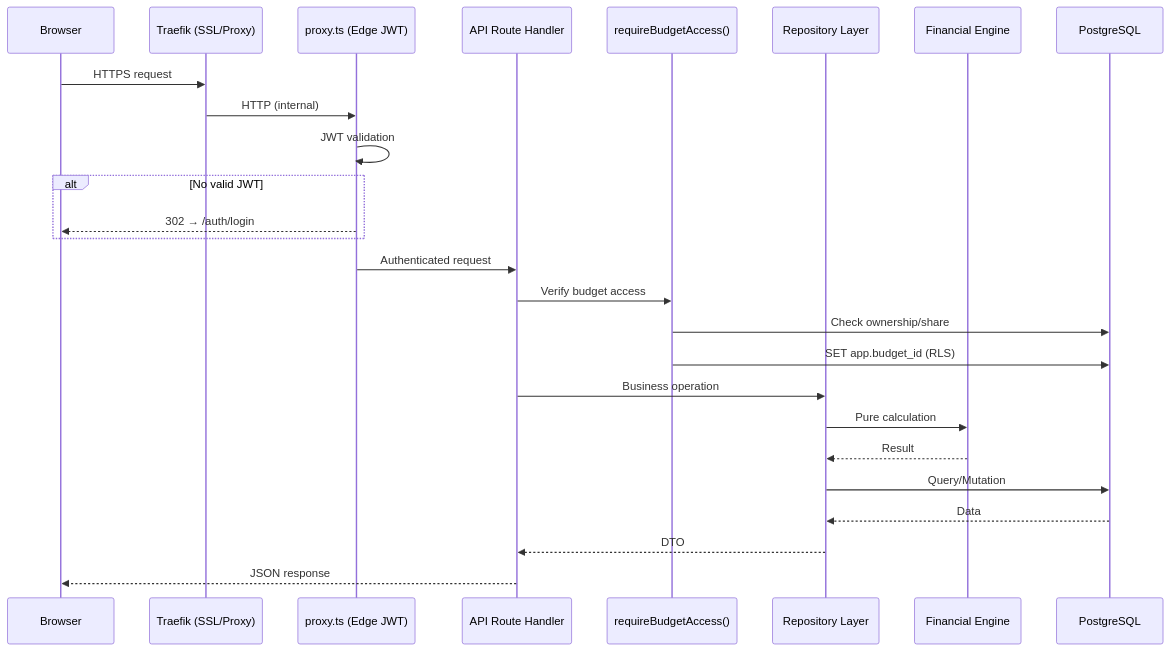
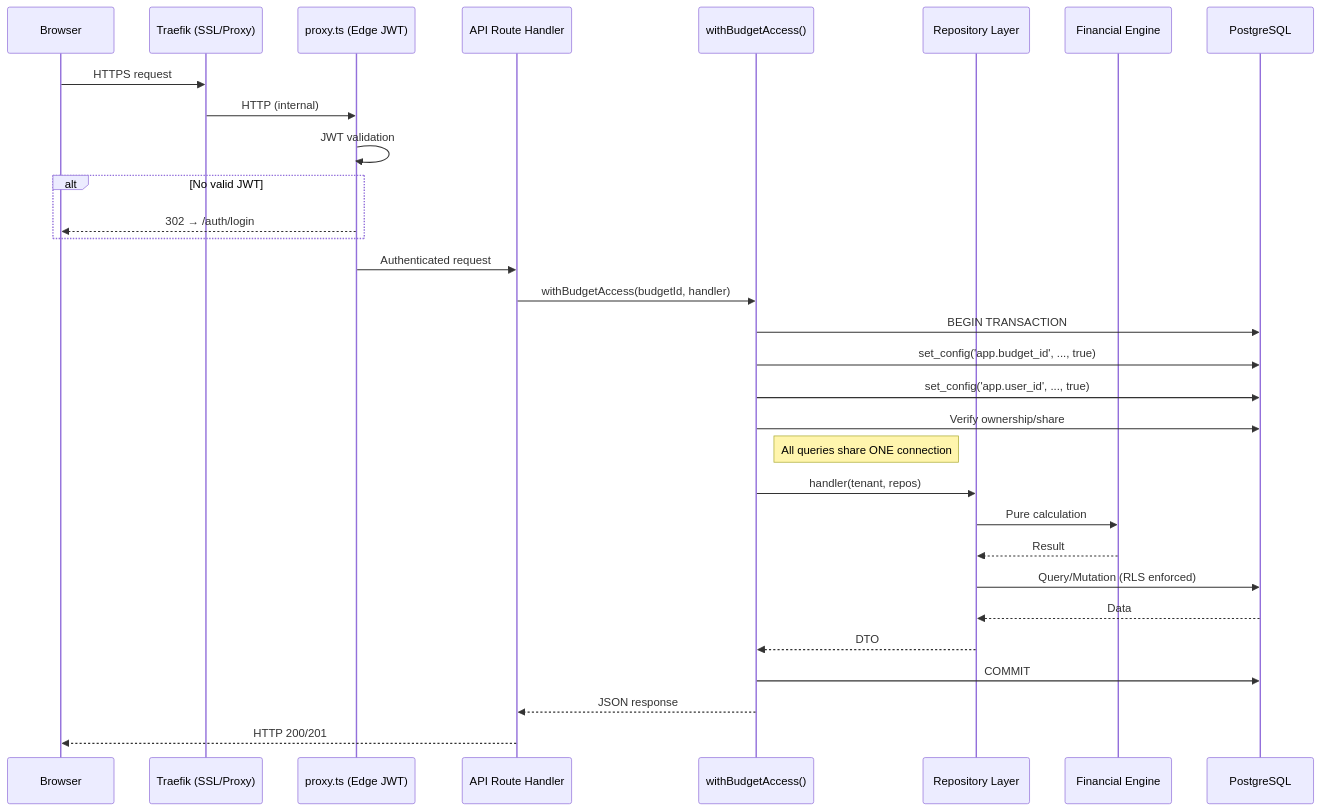
The second of 2 diagrams in docs/DEPLOYMENT.md (camilopiedra92/YNAB-Clone), drawn with Mermaid before and after one commit. The commit also changed other lines of this file and 13 other files, not shown here.

````diff
--- a/docs/DEPLOYMENT.md
+++ b/docs/DEPLOYMENT.md
@@ -111,29 +134,34 @@
 ```mermaid
 sequenceDiagram
     participant Browser
     participant Traefik as Traefik (SSL/Proxy)
     participant Proxy as proxy.ts (Edge JWT)
     participant API as API Route Handler
-    participant Auth as requireBudgetAccess()
+    participant WBA as withBudgetAccess()
     participant Repo as Repository Layer
     participant Engine as Financial Engine
     participant PG as PostgreSQL
 
     Browser->>Traefik: HTTPS request
     Traefik->>Proxy: HTTP (internal)
     Proxy->>Proxy: JWT validation
     alt No valid JWT
         Proxy-->>Browser: 302 → /auth/login
     end
     Proxy->>API: Authenticated request
-    API->>Auth: Verify budget access
-    Auth->>PG: Check ownership/share
-    Auth->>PG: SET app.budget_id (RLS)
-    API->>Repo: Business operation
+    API->>WBA: withBudgetAccess(budgetId, handler)
+    WBA->>PG: BEGIN TRANSACTION
+    WBA->>PG: set_config('app.budget_id', ..., true)
+    WBA->>PG: set_config('app.user_id', ..., true)
+    WBA->>PG: Verify ownership/share
+    Note right of WBA: All queries share ONE connection
+    WBA->>Repo: handler(tenant, repos)
     Repo->>Engine: Pure calculation
     Engine-->>Repo: Result
-    Repo->>PG: Query/Mutation
+    Repo->>PG: Query/Mutation (RLS enforced)
     PG-->>Repo: Data
-    Repo-->>API: DTO
-    API-->>Browser: JSON response
+    Repo-->>WBA: DTO
+    WBA->>PG: COMMIT
+    WBA-->>API: JSON response
+    API-->>Browser: HTTP 200/201
 ```
````
